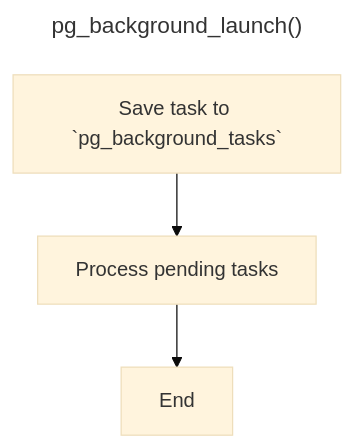
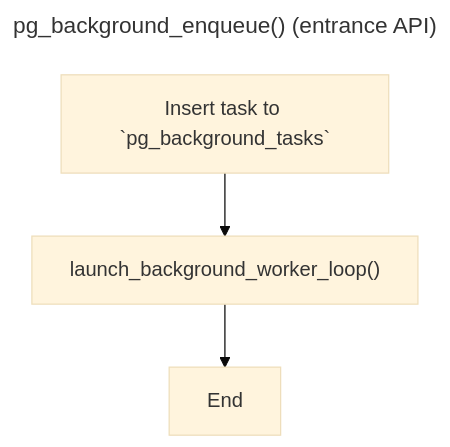
The first of 3 diagrams in AGENTS.md (hank-cp/pg_background_queue), drawn with Mermaid (base theme) before and after one commit. The commit also changed other lines of this file and 1 other file, not shown here.

````diff
--- a/AGENTS.md
+++ b/AGENTS.md
@@ -82,7 +85,7 @@
 ```mermaid
 ---
-title: pg_background_launch()
+title: pg_background_enqueue() (entrance API)
 ---
 flowchart TB
-  A[Save task to `pg_background_tasks`] --> B[Process pending tasks] --> ed[End]
+  A[Insert task to `pg_background_tasks`] --> B["launch_background_worker_loop()"] --> ed[End]
 ```
````
